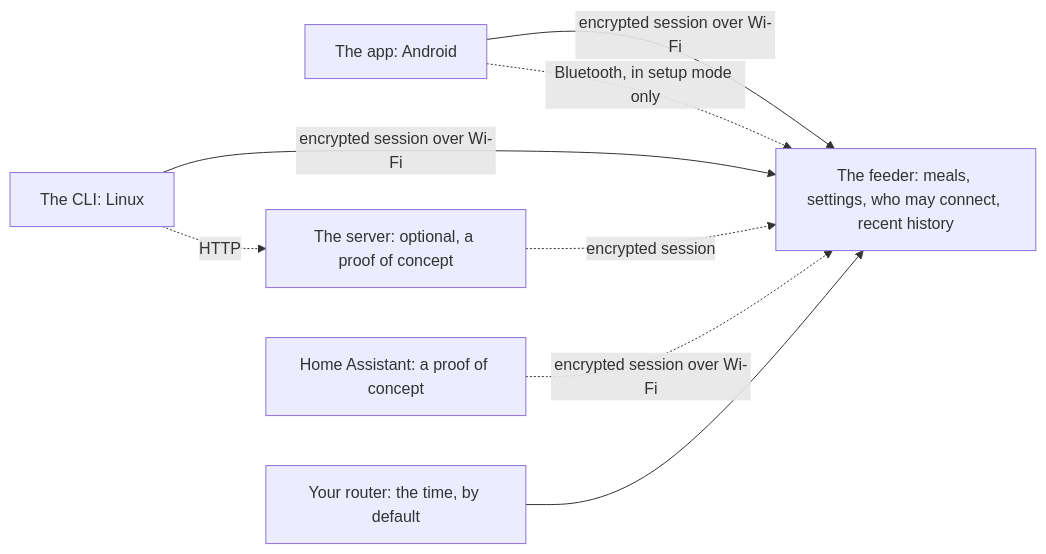
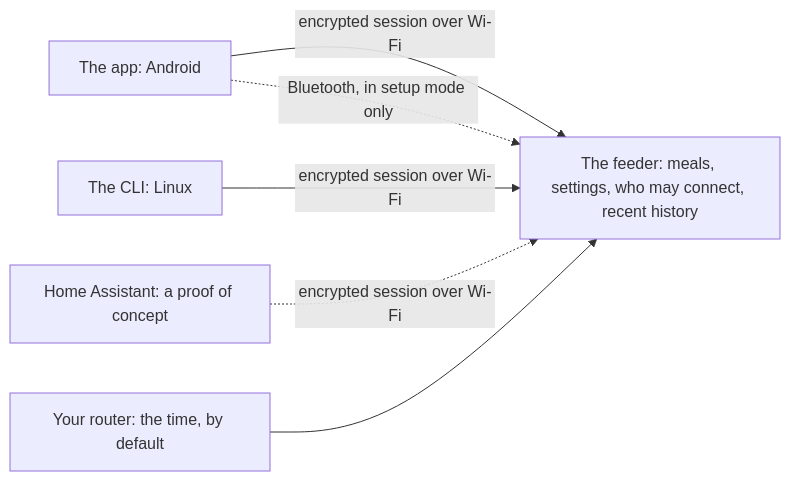
Before and after one commit to Isaac-Duarte/wellfed: the first of 3 diagrams in docs/guide/how-it-works/system.md, drawn with Mermaid. The commit also changed other lines of this file and 40 other files, not shown here.

````diff
--- a/docs/guide/how-it-works/system.md
+++ b/docs/guide/how-it-works/system.md
@@ -11,11 +11,9 @@
 ```mermaid
 %% svg: system-parts.svg
 flowchart LR
   app["The app: Android"] -->|encrypted session over Wi-Fi| feeder["The feeder: meals, settings, who may connect, recent history"]
   app -.->|Bluetooth, in setup mode only| feeder
   cli["The CLI: Linux"] -->|encrypted session over Wi-Fi| feeder
-  server["The server: optional, a proof of concept"] -.->|encrypted session| feeder
-  cli -.->|HTTP| server
   ha["Home Assistant: a proof of concept"] -.->|encrypted session over Wi-Fi| feeder
   router["Your router: the time, by default"] --> feeder
 ```
````
